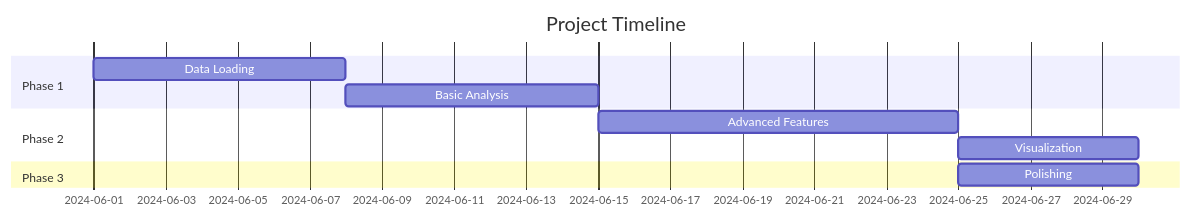
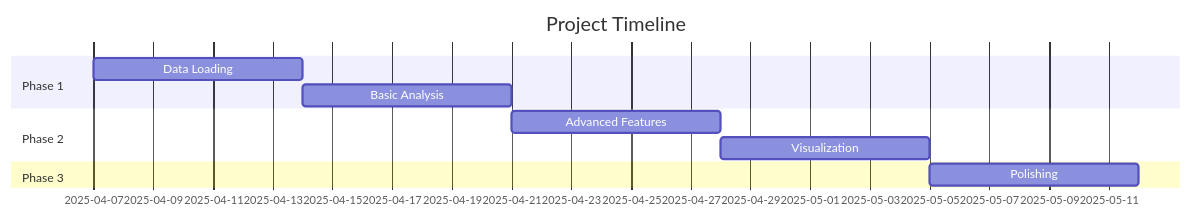
Before and after one commit to jwoods4815/Final-Programming-Project: the diagram in prompt.md, drawn with Mermaid.

````diff
--- a/prompt.md
+++ b/prompt.md
@@ -44,13 +44,13 @@
 ```mermaid
 gantt
     title Project Timeline
     dateFormat  YYYY-MM-DD
     section Phase 1
-    Data Loading       :a1, 2024-06-01, 7d
+    Data Loading       :a1, 2025-04-07, 7d
     Basic Analysis     :a2, after a1, 7d
     section Phase 2
-    Advanced Features  :a3, 2024-06-15, 10d
-    Visualization      :a4, after a3, 5d
+    Advanced Features  :a3, 2025-04-21, 7d
+    Visualization      :a4, after a3, 7d
     section Phase 3
-    Polishing          :a5, 2024-06-25, 5d
+    Polishing          :a5, 2025-05-05, 7d
 ```
````
